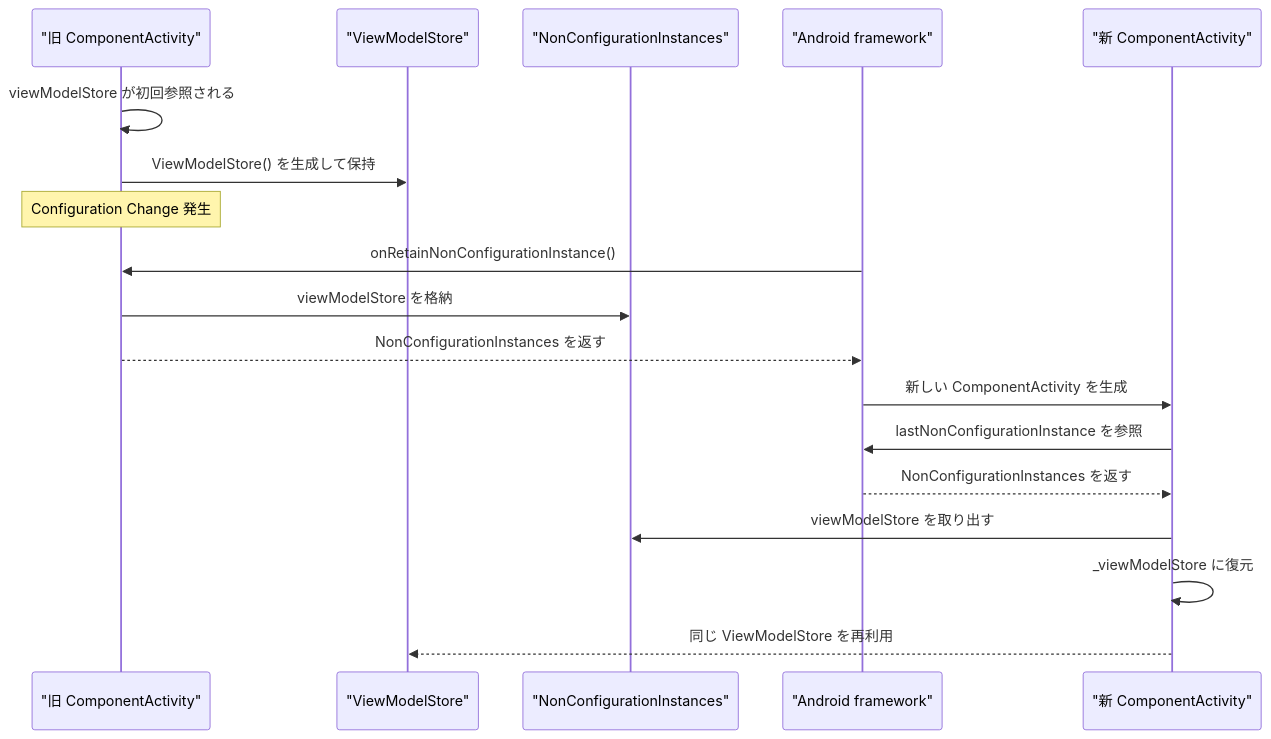
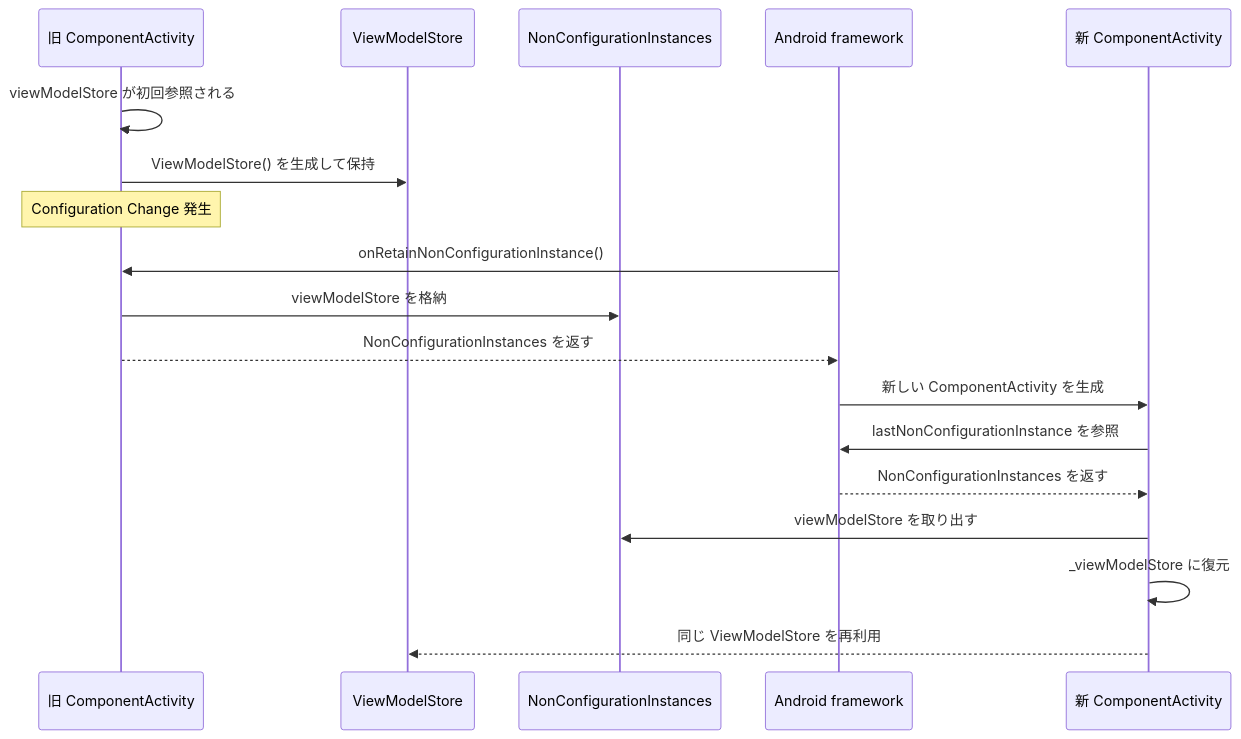
Before and after one commit to mikanIchinose/zenn-docs: the first of 3 diagrams in articles/b09f3f36f24ba8.md, drawn with Mermaid. The commit also changed other lines of this file and 1 other file, not shown here.

First line of the commit message:
docs(viewmodel): ViewModelStore/ViewModelStoreOwner の解説記事を公開

````diff
--- a/articles/b09f3f36f24ba8.md
+++ b/articles/b09f3f36f24ba8.md
@@ -133,25 +140,25 @@
 ```mermaid
 sequenceDiagram
-    participant A1 as "旧 ComponentActivity"
-    participant Store as "ViewModelStore"
-    participant NCI as "NonConfigurationInstances"
-    participant FW as "Android framework"
-    participant A2 as "新 ComponentActivity"
+    participant A1 as 旧 ComponentActivity
+    participant Store as ViewModelStore
+    participant NCI as NonConfigurationInstances
+    participant FW as Android framework
+    participant A2 as 新 ComponentActivity
 
     A1->>A1: viewModelStore が初回参照される
     A1->>Store: ViewModelStore() を生成して保持
 
     Note over A1: Configuration Change 発生
 
     FW->>A1: onRetainNonConfigurationInstance()
     A1->>NCI: viewModelStore を格納
     A1-->>FW: NonConfigurationInstances を返す
 
     FW->>A2: 新しい ComponentActivity を生成
     A2->>FW: lastNonConfigurationInstance を参照
     FW-->>A2: NonConfigurationInstances を返す
 
     A2->>NCI: viewModelStore を取り出す
     A2->>A2: _viewModelStore に復元
     A2-->>Store: 同じ ViewModelStore を再利用
 ```
````
